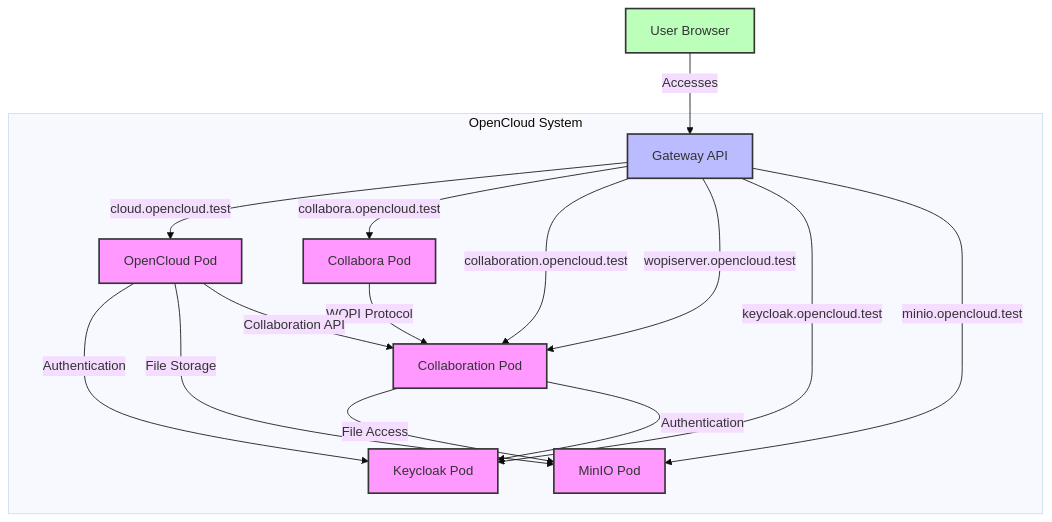
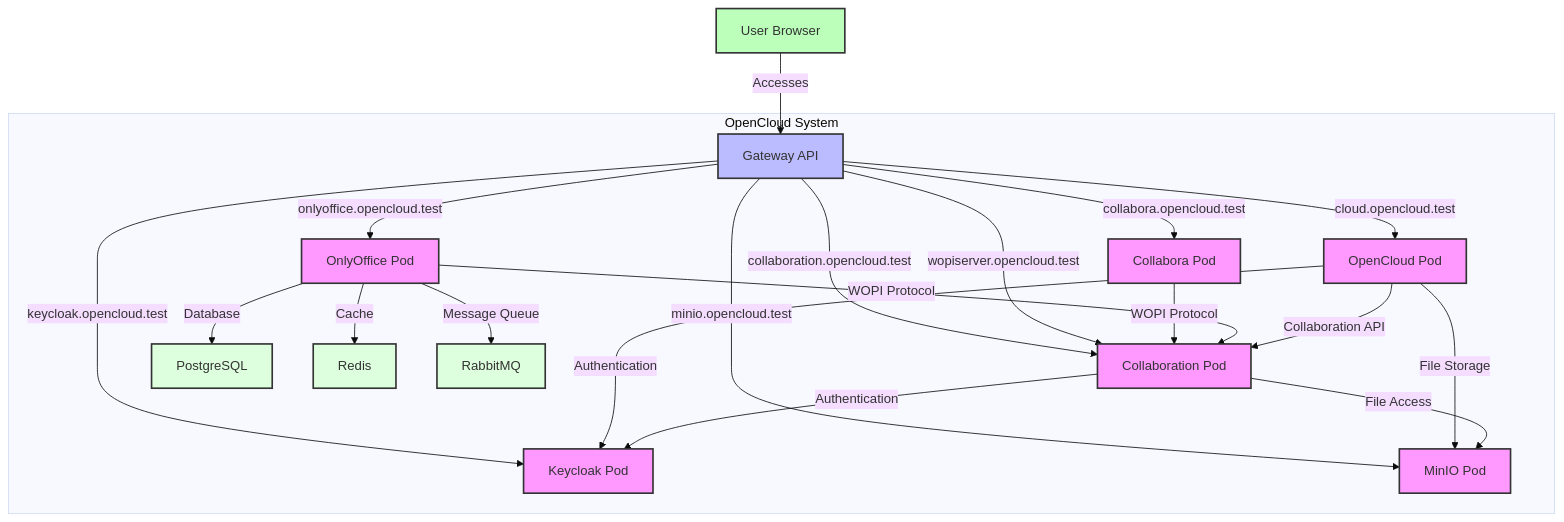
The diagram in README.md (teo/opencloud-helm), drawn with Mermaid (base theme) before and after one commit. The commit also changed other lines of this file and 25 other files, not shown here.

Commit message:
onlyoffice working now, keycloak repo as value

````diff
--- a/README.md
+++ b/README.md
@@ -51,31 +54,39 @@
 ```mermaid
 graph TD
     User[User Browser] -->|Accesses| Gateway[Gateway API]
     
     subgraph "OpenCloud System"
         Gateway -->|cloud.opencloud.test| OpenCloud[OpenCloud Pod]
         Gateway -->|collabora.opencloud.test| Collabora[Collabora Pod]
+        Gateway -->|onlyoffice.opencloud.test| OnlyOffice[OnlyOffice Pod]
         Gateway -->|collaboration.opencloud.test| Collaboration[Collaboration Pod]
         Gateway -->|wopiserver.opencloud.test| Collaboration
         Gateway -->|keycloak.opencloud.test| Keycloak[Keycloak Pod]
         Gateway -->|minio.opencloud.test| MinIO[MinIO Pod]
         
         OpenCloud -->|Authentication| Keycloak
         OpenCloud -->|File Storage| MinIO
         
         Collabora -->|WOPI Protocol| Collaboration
+        OnlyOffice -->|WOPI Protocol| Collaboration
         Collaboration -->|File Access| MinIO
         
         Collaboration -->|Authentication| Keycloak
         
         OpenCloud -->|Collaboration API| Collaboration
+        
+        OnlyOffice -->|Database| PostgreSQL[PostgreSQL]
+        OnlyOffice -->|Cache| Redis[Redis]
+        OnlyOffice -->|Message Queue| RabbitMQ[RabbitMQ]
     end
     
     classDef pod fill:#f9f,stroke:#333,stroke-width:2px;
     classDef gateway fill:#bbf,stroke:#333,stroke-width:2px;
     classDef user fill:#bfb,stroke:#333,stroke-width:2px;
+    classDef db fill:#dfd,stroke:#333,stroke-width:2px;
     
-    class OpenCloud,Collabora,Collaboration,Keycloak,MinIO pod;
+    class OpenCloud,Collabora,OnlyOffice,Collaboration,Keycloak,MinIO pod;
+    class PostgreSQL,Redis,RabbitMQ db;
     class Gateway gateway;
     class User user;
 ```
````
